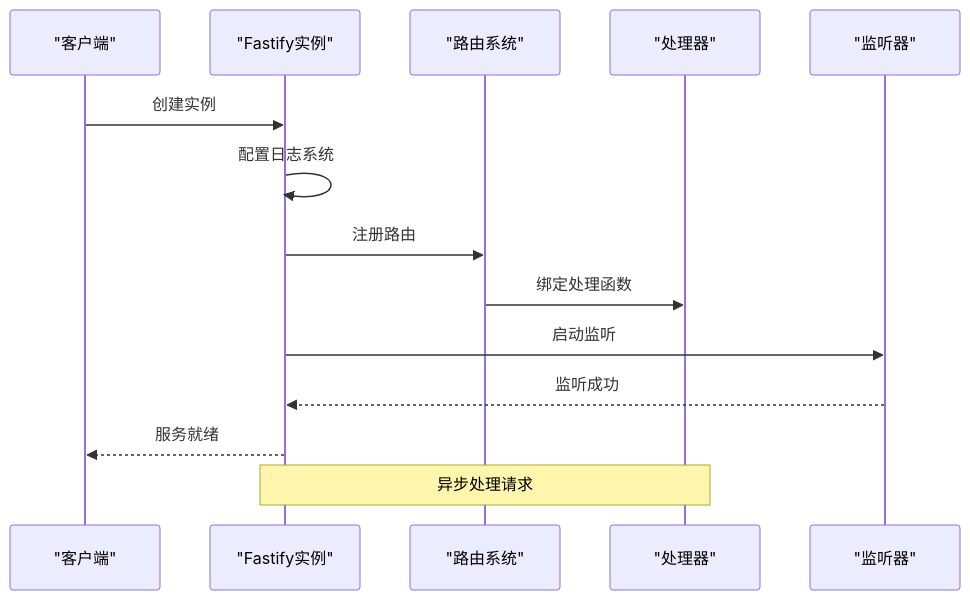
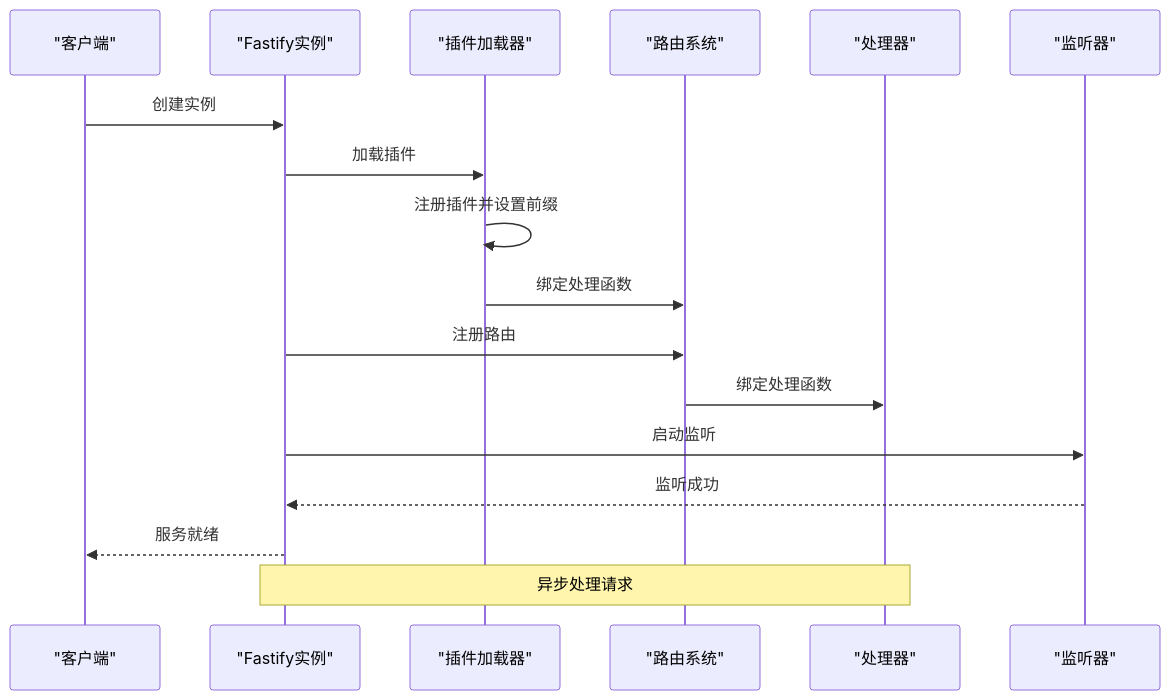
One commit to esa-sp/test-for-aone-ci changed the fifth of 14 diagrams in .qoder/repowiki/zh/content/后端框架测试/Fastify高性能框架测试.md. Above: the diagram before and after it, drawn with Mermaid. The commit also changed other lines of this file and 119 other files, not shown here.

````diff
--- a/.qoder/repowiki/zh/content/后端框架测试/Fastify高性能框架测试.md
+++ b/.qoder/repowiki/zh/content/后端框架测试/Fastify高性能框架测试.md
@@ -169,16 +242,19 @@
 ```mermaid
 sequenceDiagram
 participant Client as "客户端"
 participant Fastify as "Fastify实例"
+participant PluginLoader as "插件加载器"
 participant Router as "路由系统"
 participant Handler as "处理器"
 participant Listener as "监听器"
 Client->>Fastify : 创建实例
-Fastify->>Fastify : 配置日志系统
+Fastify->>PluginLoader : 加载插件
+PluginLoader->>PluginLoader : 注册插件并设置前缀
+PluginLoader->>Router : 绑定处理函数
 Fastify->>Router : 注册路由
 Router->>Handler : 绑定处理函数
 Fastify->>Listener : 启动监听
 Listener-->>Fastify : 监听成功
 Fastify-->>Client : 服务就绪
 Note over Fastify,Handler : 异步处理请求
 ```
````
